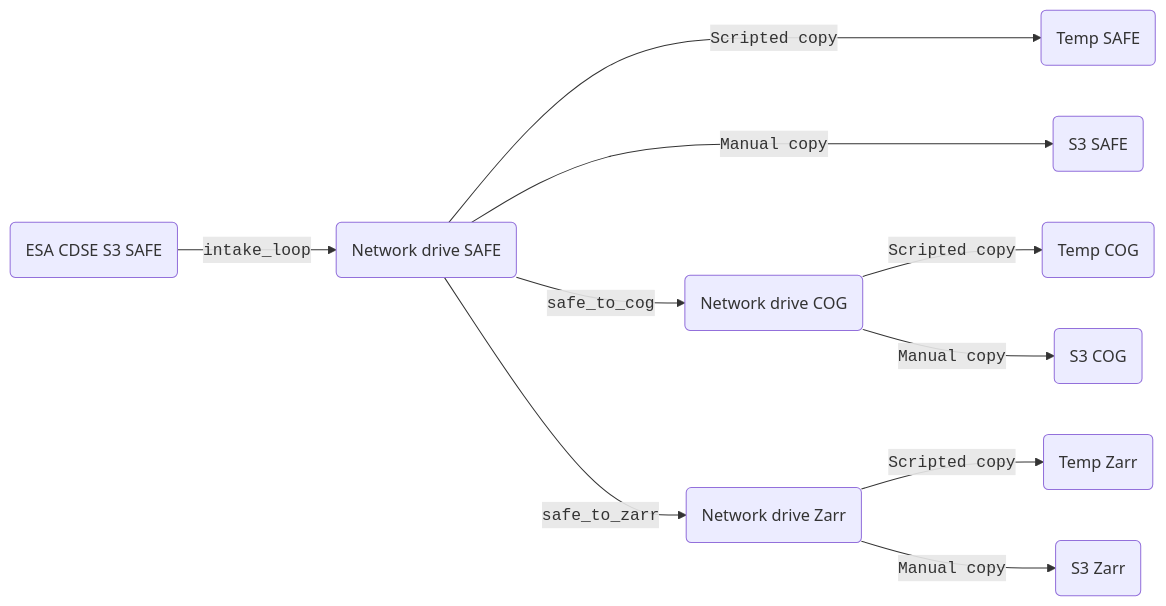
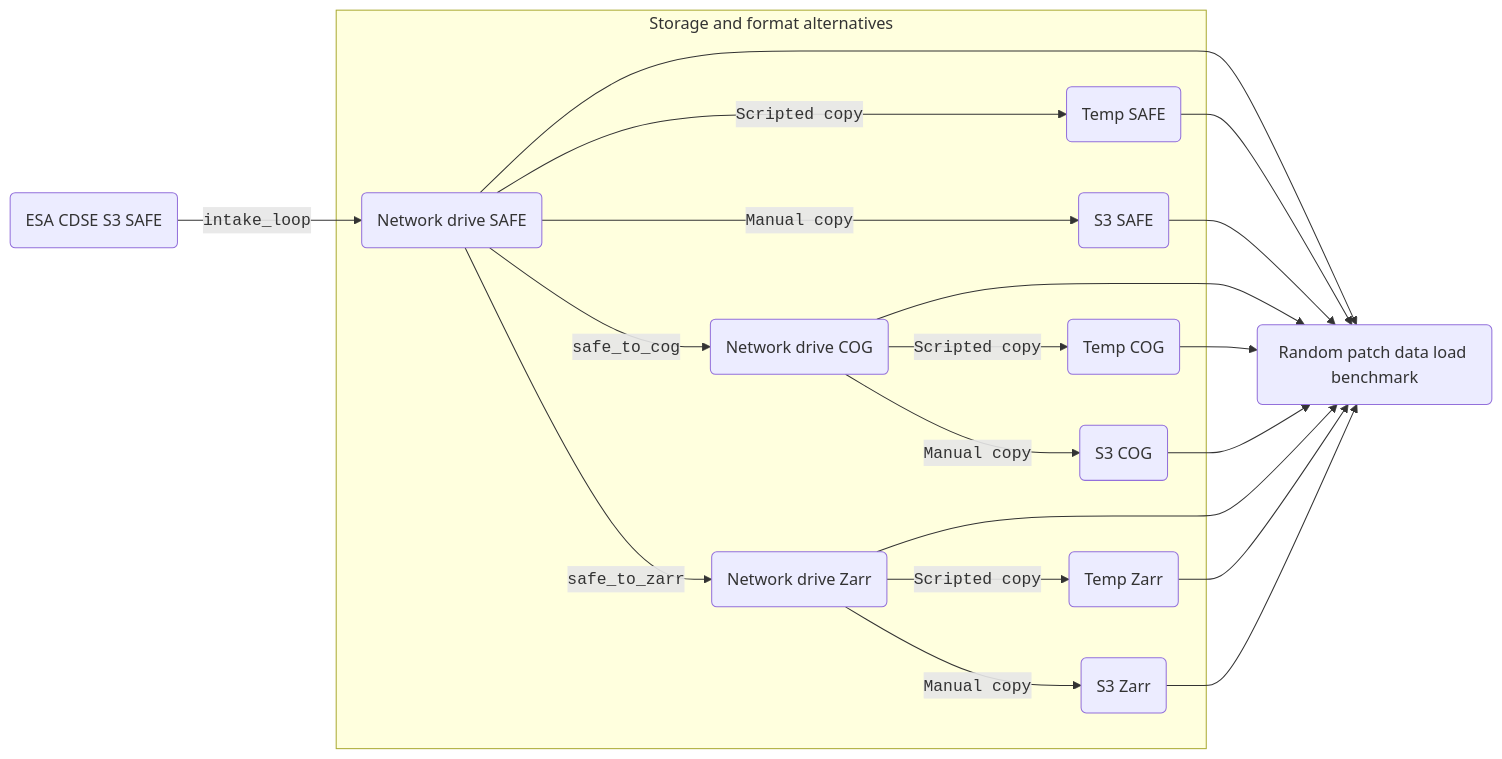
The second of 2 diagrams in README.md (hamk-uas/datacube-storage-lab), drawn with Mermaid before and after one commit. The commit also changed other lines of this file, not shown here.

````diff
--- a/README.md
+++ b/README.md
@@ -108,12 +108,32 @@
 ```mermaid
 graph LR;
     A(ESA CDSE S3 SAFE)--<code>intake_loop</code>-->B(Network drive SAFE);
+    B-->K(Random patch data load benchmark)
+    C-->K
+    D-->K
+    E-->K
+    F-->K
+    G-->K
+    H-->K
+    I-->K
+    J-->K
     B--<code>Scripted copy</code>--->J(Temp SAFE);
     B--<code>Manual copy</code>--->I(S3 SAFE);    
     B--<code>safe_to_cog</code>-->C(Network drive COG);
     B--<code>safe_to_zarr</code>-->D(Network drive Zarr);
     C--<code>Scripted copy</code>-->E(Temp COG);
     D--<code>Scripted copy</code>-->F(Temp Zarr);
     C--<code>Manual copy</code>-->G(S3 COG);
-    D--<code>Manual copy</code>-->H(S3 Zarr);
+    D--<code>Manual copy</code>-->H(S3 Zarr);    
+    subgraph Storage and format alternatives
+        B
+        C
+        D
+        E
+        F
+        G
+        H
+        I
+        J
+    end
 ```
````
